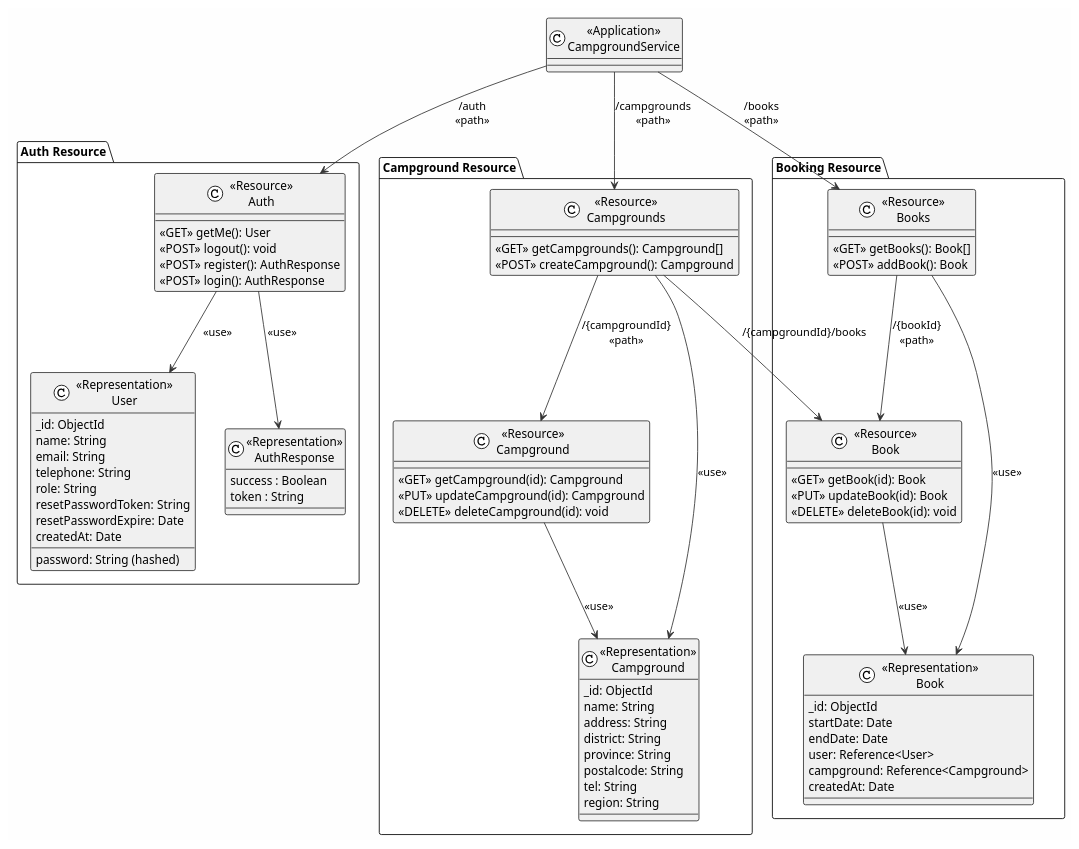
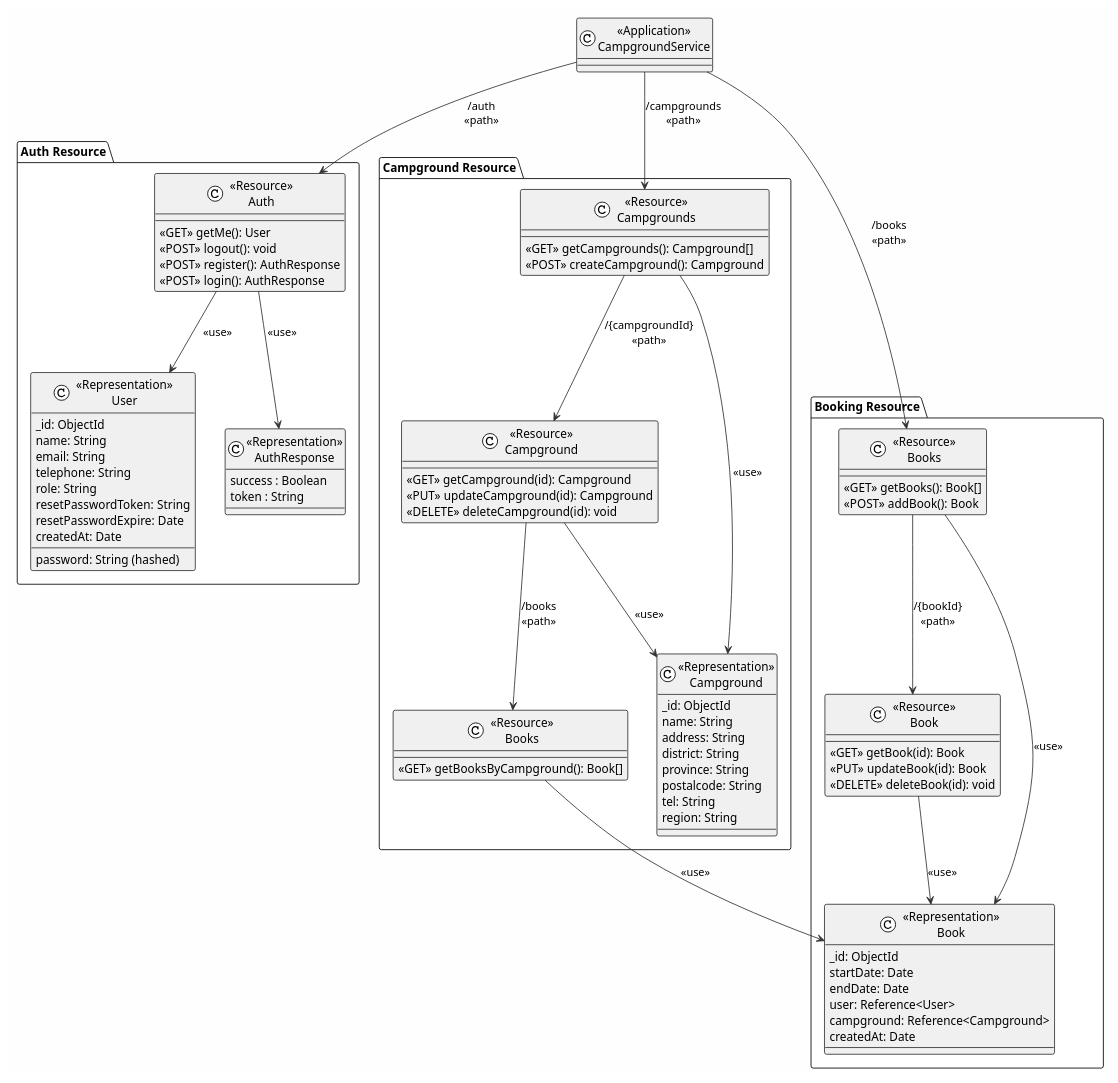
Before and after one commit to 2110503-CEDT68/be-project-68-groupname: the diagram in Diagram/ClassDiagram.puml, drawn with PlantUML. The commit also changed 1 other file, not shown here.

Commit message:
fix sequence diagram, class diagram

```diff
--- a/Diagram/ClassDiagram.puml
+++ b/Diagram/ClassDiagram.puml
@@ -1,118 +1,122 @@
 @startuml ClassDiagram
 !theme plain
 skinparam backgroundColor #FEFEFE
 skinparam classBackgroundColor #F0F0F0
 skinparam classBorderColor #333333
 skinparam arrowColor #333333
 
 ' ==============================================================
 ' APPLICATION
 ' ==============================================================
 
 class "<<Application>>\nCampgroundService" as App
 
 ' ==============================================================
 ' USER / AUTH RESOURCE
 ' ==============================================================
 
 package "Auth Resource" {
 
     class "<<Resource>>\nAuth" as AuthSingle {
         <<GET>> getMe(): User
         <<POST>> logout(): void
         <<POST>> register(): AuthResponse
         <<POST>> login(): AuthResponse
     }
     
 
     class "<<Representation>>\nUser" as UserRep {
         _id: ObjectId
         name: String
         email: String
         telephone: String
         role: String
         password: String (hashed)
         resetPasswordToken: String
         resetPasswordExpire: Date
         createdAt: Date
     }
 
     class "<<Representation>>\nAuthResponse" as AuthRes {
         success : Boolean
         token : String
     }
 
     App --> AuthSingle : "/auth\n<<path>>"
     AuthSingle --> AuthRes : <<use>>
     AuthSingle --> UserRep : <<use>>
 }
 
 ' ==============================================================
 ' CAMPGROUND RESOURCE
 ' ==============================================================
 
 package "Campground Resource" {
+    class "<<Resource>>\nBooks" as CampBook {
+        <<GET>> getBooksByCampground(): Book[]
+    }
 
+        
     class "<<Resource>>\nCampgrounds" as CampCollection {
         <<GET>> getCampgrounds(): Campground[]
         <<POST>> createCampground(): Campground
     }
 
     class "<<Resource>>\nCampground" as CampSingle {
         <<GET>> getCampground(id): Campground
         <<PUT>> updateCampground(id): Campground
         <<DELETE>> deleteCampground(id): void
     }
 
     class "<<Representation>>\nCampground" as CampgroundRep {
         _id: ObjectId
         name: String
         address: String
         district: String
         province: String
         postalcode: String
         tel: String
         region: String
     }
-
     App --> CampCollection : /campgrounds\n<<path>>
     CampCollection --> CampSingle : /{campgroundId}\n<<path>>
     CampCollection --> CampgroundRep : <<use>>
+    CampSingle --> CampBook : /books\n<<path>>
     CampSingle --> CampgroundRep : <<use>>
 }
 
 ' ==============================================================
 ' BOOKING RESOURCE
 ' ==============================================================
 
 package "Booking Resource" {
 
     class "<<Resource>>\nBooks" as BookCollection {
         <<GET>> getBooks(): Book[]
         <<POST>> addBook(): Book
     }
 
     class "<<Resource>>\nBook" as BookSingle {
         <<GET>> getBook(id): Book
         <<PUT>> updateBook(id): Book
         <<DELETE>> deleteBook(id): void
     }
 
     class "<<Representation>>\nBook" as BookRep {
         _id: ObjectId
         startDate: Date
         endDate: Date
         user: Reference<User>
         campground: Reference<Campground>
         createdAt: Date
     }
 
     App --> BookCollection : /books\n<<path>>
     BookCollection --> BookSingle : /{bookId}\n<<path>>
     BookCollection --> BookRep : <<use>>
     BookSingle --> BookRep : <<use>>
 }
 
-CampCollection --> BookSingle : /{campgroundId}/books
+CampBook --> BookRep : <<use>>
 
 @enduml
```
